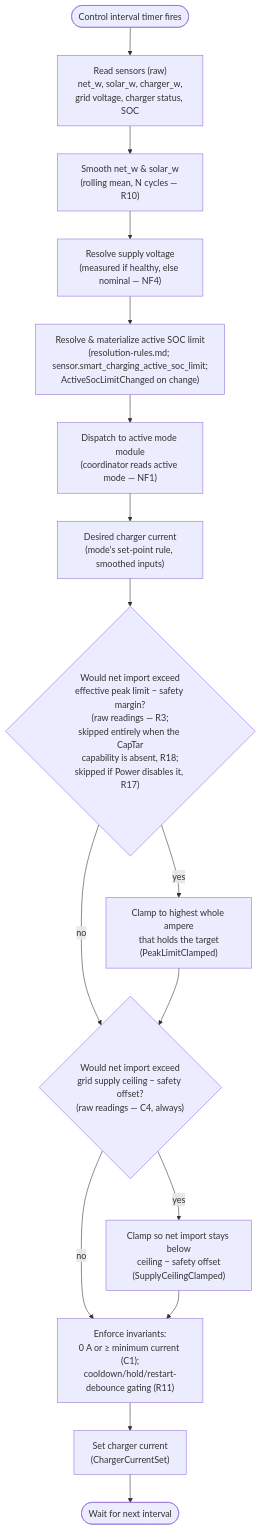
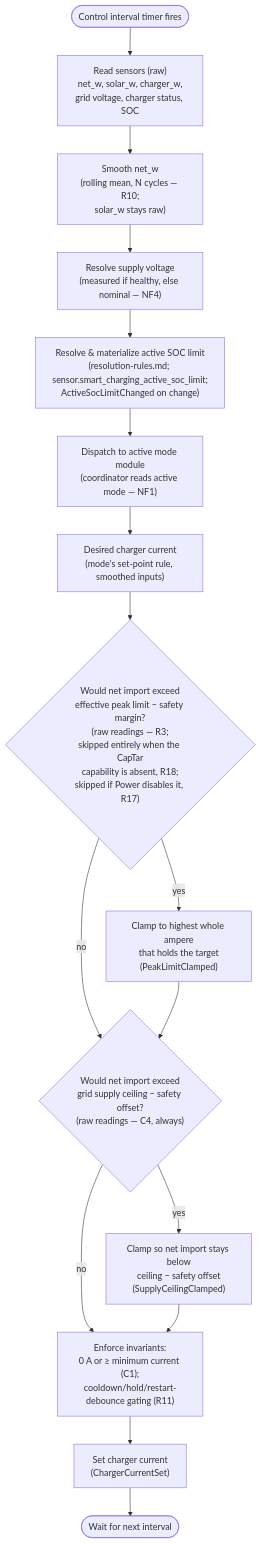
The diagram in docs/analysis/control-cycle.md (kristofdegrave/homeassistant-smart-charging), drawn with Mermaid before and after one commit. The commit also changed other lines of this file and 5 other files, not shown here.

First line of the commit message:
docs: solar_power is read raw, never smoothed -- simplify R10/control-cycle

````diff
--- a/docs/analysis/control-cycle.md
+++ b/docs/analysis/control-cycle.md
@@ -60,18 +60,18 @@
 ```mermaid
 flowchart TD
     Timer(["Control interval timer fires"]) --> Read["Read sensors (raw)<br/>net_w, solar_w, charger_w,<br/>grid voltage, charger status, SOC"]
-    Read --> Smooth["Smooth net_w & solar_w<br/>(rolling mean, N cycles — R10)"]
+    Read --> Smooth["Smooth net_w<br/>(rolling mean, N cycles — R10;<br/>solar_w stays raw)"]
     Smooth --> Volt["Resolve supply voltage<br/>(measured if healthy, else nominal — NF4)"]
     Volt --> SocLimit["Resolve & materialize active SOC limit<br/>(resolution-rules.md; sensor.smart_charging_active_soc_limit;<br/>ActiveSocLimitChanged on change)"]
     SocLimit --> Dispatch["Dispatch to active mode module<br/>(coordinator reads active mode — NF1)"]
     Dispatch --> Desired["Desired charger current<br/>(mode's set-point rule, smoothed inputs)"]
     Desired --> Peak{"Would net import exceed<br/>effective peak limit − safety margin?<br/>(raw readings — R3;<br/>skipped entirely when the CapTar<br/>capability is absent, R18;<br/>skipped if Power disables it, R17)"}
     Peak -->|yes| Clamp["Clamp to highest whole ampere<br/>that holds the target<br/>(PeakLimitClamped)"]
     Peak -->|no| Ceiling
     Clamp --> Ceiling{"Would net import exceed<br/>grid supply ceiling − safety offset?<br/>(raw readings — C4, always)"}
     Ceiling -->|yes| CeilingClamp["Clamp so net import stays below<br/>ceiling − safety offset<br/>(SupplyCeilingClamped)"]
     Ceiling -->|no| Invariant
     CeilingClamp --> Invariant["Enforce invariants:<br/>0 A or ≥ minimum current (C1);<br/>cooldown/hold/restart-debounce gating (R11)"]
     Invariant --> Set["Set charger current<br/>(ChargerCurrentSet)"]
     Set --> Wait(["Wait for next interval"])
 ```
````
